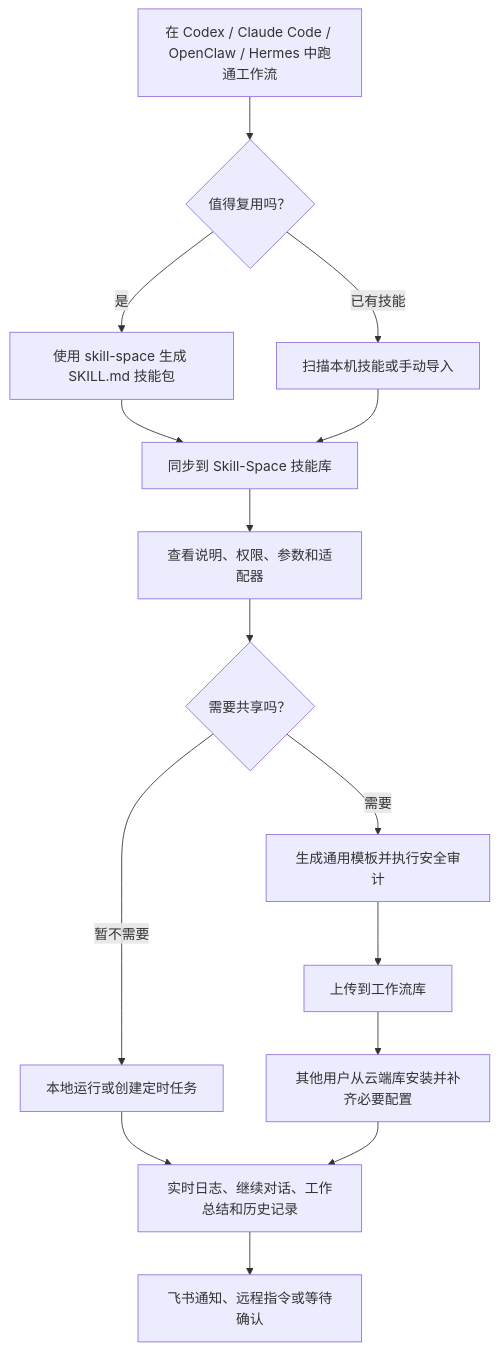
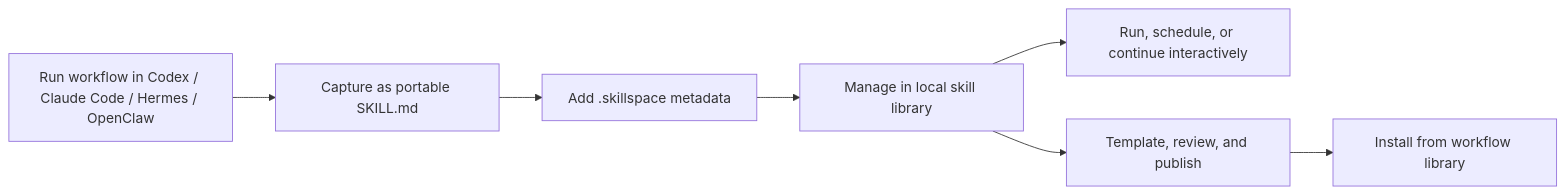
The diagram in README.md (lj1270998580-crypto/Skill-Space), drawn with Mermaid before and after one commit. The commit also changed other lines of this file and 20 other files, not shown here.

````diff
--- a/README.md
+++ b/README.md
@@ -69,17 +21,9 @@
 ```mermaid
-flowchart TD
-  A["在 Codex / Claude Code / OpenClaw / Hermes 中跑通工作流"] --> B{"值得复用吗？"}
-  B -- "是" --> C["使用 skill-space 生成 SKILL.md 技能包"]
-  B -- "已有技能" --> D["扫描本机技能或手动导入"]
-  C --> E["同步到 Skill-Space 技能库"]
-  D --> E
-  E --> F["查看说明、权限、参数和适配器"]
-  F --> G{"需要共享吗？"}
-  G -- "需要" --> H["生成通用模板并执行安全审计"]
-  H --> I["上传到工作流库"]
-  G -- "暂不需要" --> J["本地运行或创建定时任务"]
-  I --> K["其他用户从云端库安装并补齐必要配置"]
-  J --> L["实时日志、继续对话、工作总结和历史记录"]
-  K --> L
-  L --> M["飞书通知、远程指令或等待确认"]
+flowchart LR
+  A["Run workflow in Codex / Claude Code / Hermes / OpenClaw"] --> B["Capture as portable SKILL.md"]
+  B --> C["Add .skillspace metadata"]
+  C --> D["Manage in local skill library"]
+  D --> E["Run, schedule, or continue interactively"]
+  D --> F["Template, review, and publish"]
+  F --> G["Install from workflow library"]
 ```
````
